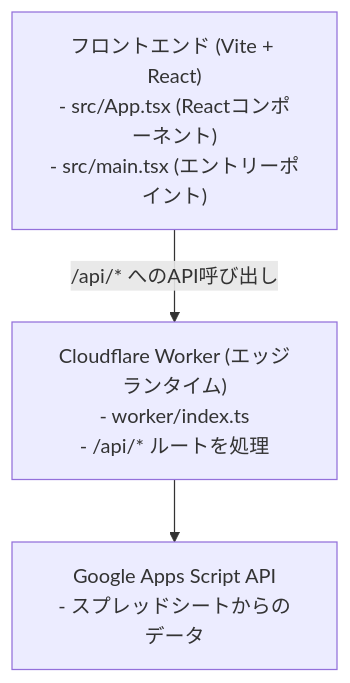
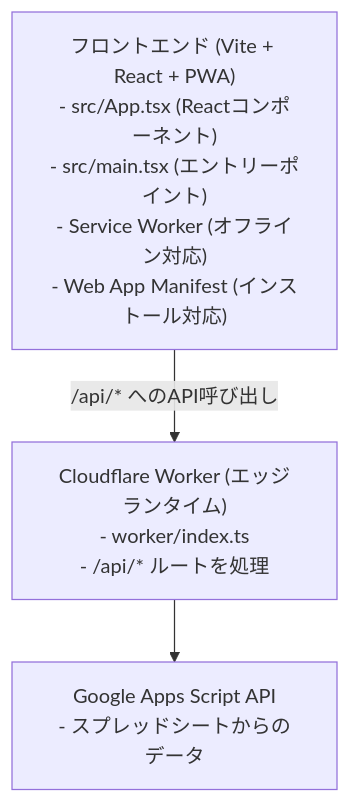
The diagram in CLAUDE.md (yjn279/expenses), drawn with Mermaid before and after one commit. The commit also changed other lines of this file and 10 other files, not shown here.

````diff
--- a/CLAUDE.md
+++ b/CLAUDE.md
@@ -13,9 +13,9 @@
 ```mermaid
 graph TB
-    Frontend["フロントエンド (Vite + React)<br/>- src/App.tsx (Reactコンポーネント)<br/>- src/main.tsx (エントリーポイント)"]
+    Frontend["フロントエンド (Vite + React + PWA)<br/>- src/App.tsx (Reactコンポーネント)<br/>- src/main.tsx (エントリーポイント)<br/>- Service Worker (オフライン対応)<br/>- Web App Manifest (インストール対応)"]
     Worker["Cloudflare Worker (エッジランタイム)<br/>- worker/index.ts<br/>- /api/* ルートを処理"]
     GAS["Google Apps Script API<br/>- スプレッドシートからのデータ"]
     
     Frontend -->|/api/* へのAPI呼び出し| Worker
     Worker --> GAS
 ```
````
